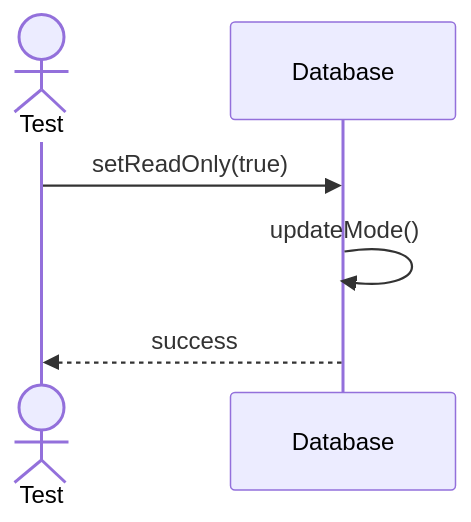
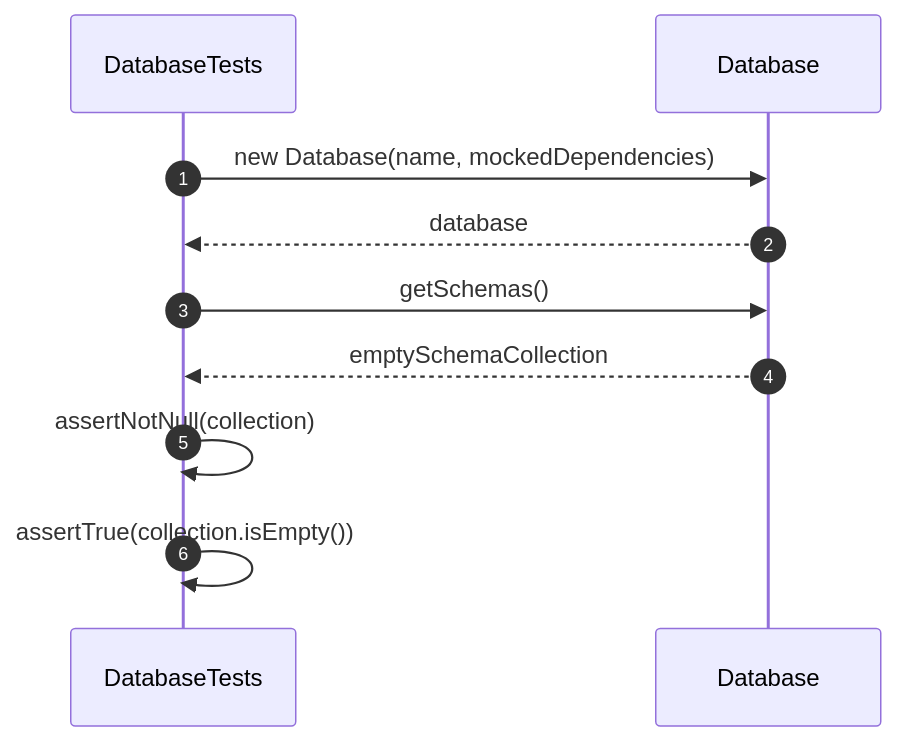
The third of 25 diagrams in src/tests/unit/database/sequences/database-testing.se.md (FhuAnn/-bbv-AN-s-DBMS), drawn with Mermaid before and after one commit. The commit also changed other lines of this file and 28 other files, not shown here.

Commit message:
edit db sequence, dbtest

````diff
--- a/src/tests/unit/database/sequences/database-testing.se.md
+++ b/src/tests/unit/database/sequences/database-testing.se.md
@@ -44,9 +59,16 @@
 ```mermaid
 sequenceDiagram
-actor Test
-participant Database
+    autonumber
 
-Test->>Database: setReadOnly(true)
-Database->>Database: updateMode()
-Database-->>Test: success
+    participant Test as DatabaseTests
+    participant Database
+
+    Test->>Database: new Database(name, mockedDependencies)
+    Database-->>Test: database
+
+    Test->>Database: getSchemas()
+    Database-->>Test: emptySchemaCollection
+
+    Test->>Test: assertNotNull(collection)
+    Test->>Test: assertTrue(collection.isEmpty())
 ```
````
